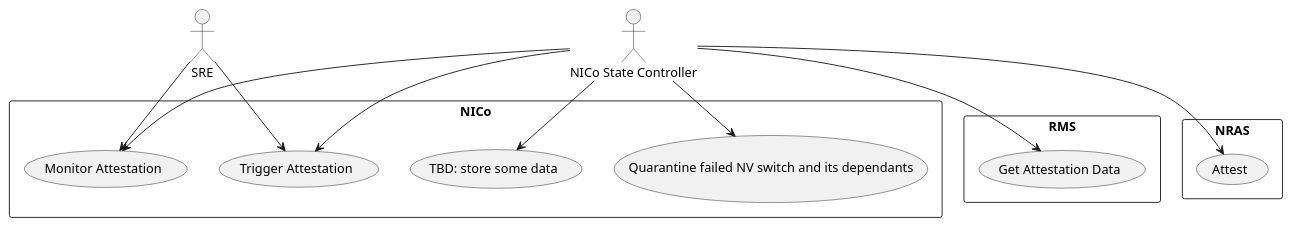
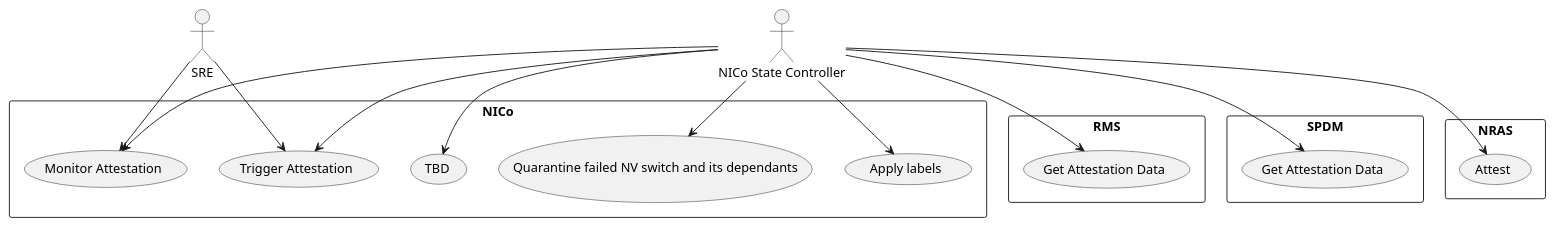
The first of 2 diagrams in docs/design/nico-attestation/nico-attestation.md (kbakanov-dev/bare-metal-manager-core), drawn with PlantUML before and after one commit. The commit also changed other lines of this file, not shown here.

````diff
--- a/docs/design/nico-attestation/nico-attestation.md
+++ b/docs/design/nico-attestation/nico-attestation.md
@@ -10,30 +10,38 @@
 ```plantuml
 actor "NICo State Controller" as NICoST
 actor SRE
 
 rectangle NICo {
   usecase "Trigger Attestation" as UC1
   usecase "Monitor Attestation" as UC2
   usecase "Quarantine failed NV switch and its dependants" as UC3
-  usecase "TBD: store some data" as UC4
+  usecase "TBD" as UC4
+  usecase "Apply labels" as UC5
 }
 
 rectangle RMS {
   usecase "Get Attestation Data" as RUC1
+}
+
+rectangle SPDM {
+  usecase "Get Attestation Data" as SUC1
 }
 
 rectangle NRAS {
   usecase "Attest" as NUC1
 }
 
 NICoST --> UC1
 NICoST --> UC2
 NICoST --> UC3
 NICoST --> UC4
+NICoST --> UC5
 
 NICoST --> RUC1
 NICoST --> NUC1
 
+NICoST --> SUC1
+
 SRE --> UC1
 SRE --> UC2
 ```
````
